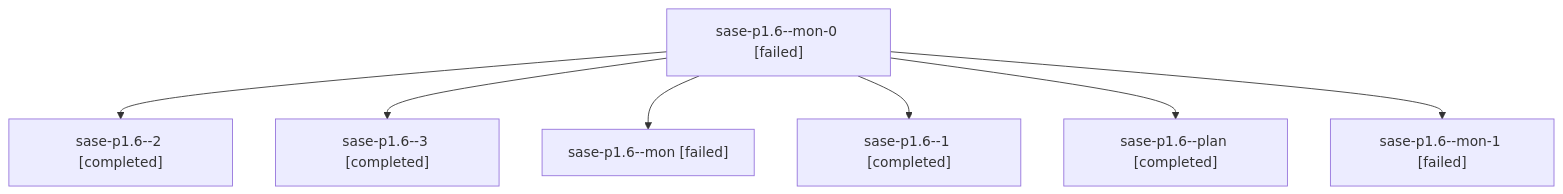
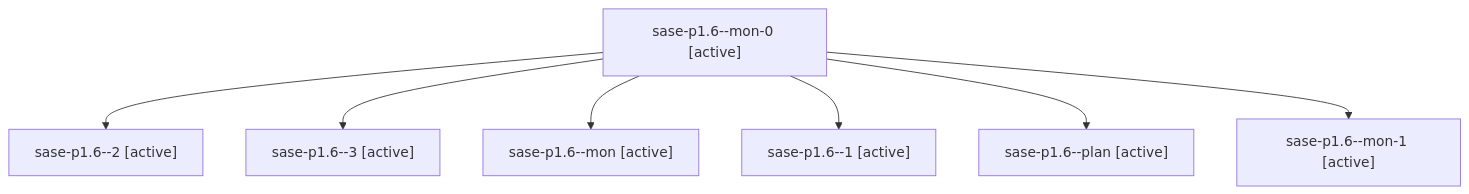
One commit to sase-org/sase--agents changed the diagram in families/bbugyi200.athena.sase-p1.6.md. Above: the diagram before and after it, drawn with Mermaid. The commit also changed other lines of this file and 35830 other files, not shown here.

````diff
--- a/families/bbugyi200.athena.sase-p1.6.md
+++ b/families/bbugyi200.athena.sase-p1.6.md
@@ -9,16 +9,16 @@
 ```mermaid
 flowchart TD
-  n0["sase-p1.6--mon-0 [failed]"]
-  n1["sase-p1.6--2 [completed]"]
+  n0["sase-p1.6--mon-0 [active]"]
+  n1["sase-p1.6--2 [active]"]
   n0 --> n1
-  n2["sase-p1.6--3 [completed]"]
+  n2["sase-p1.6--3 [active]"]
   n0 --> n2
-  n3["sase-p1.6--mon [failed]"]
+  n3["sase-p1.6--mon [active]"]
   n0 --> n3
-  n4["sase-p1.6--1 [completed]"]
+  n4["sase-p1.6--1 [active]"]
   n0 --> n4
-  n5["sase-p1.6--plan [completed]"]
+  n5["sase-p1.6--plan [active]"]
   n0 --> n5
-  n6["sase-p1.6--mon-1 [failed]"]
+  n6["sase-p1.6--mon-1 [active]"]
   n0 --> n6
 ```
````
